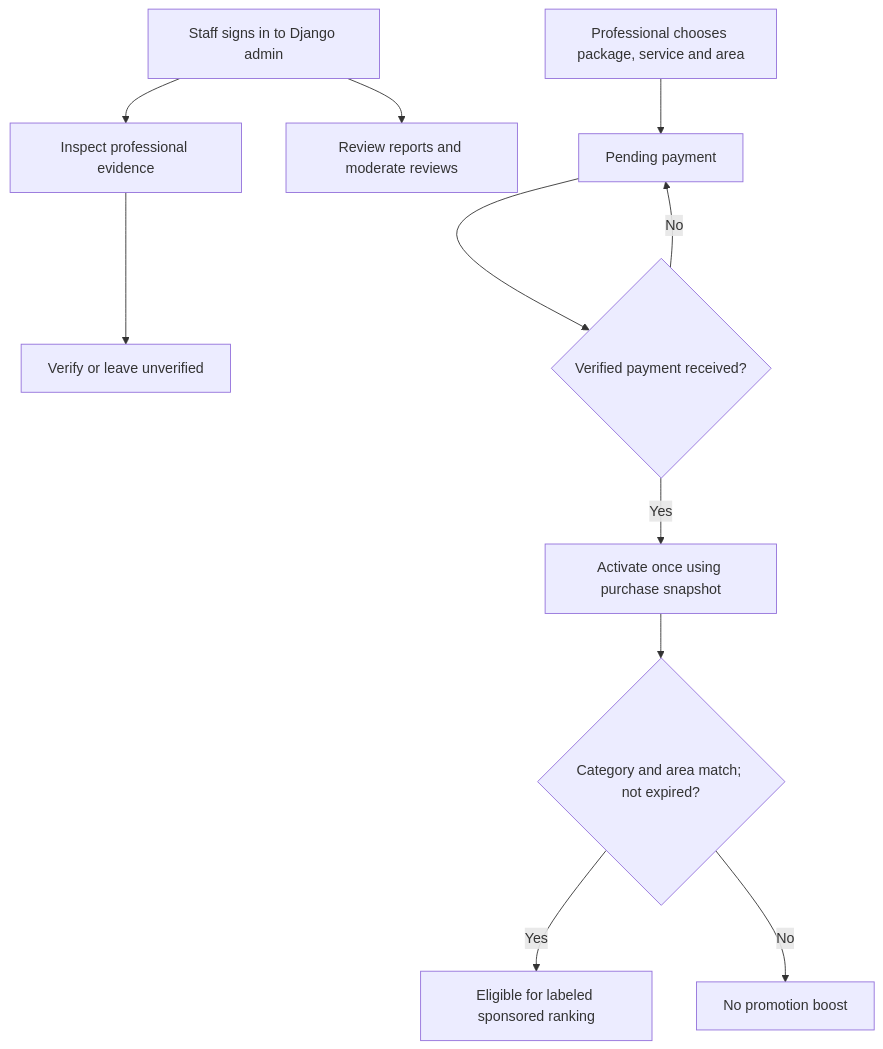
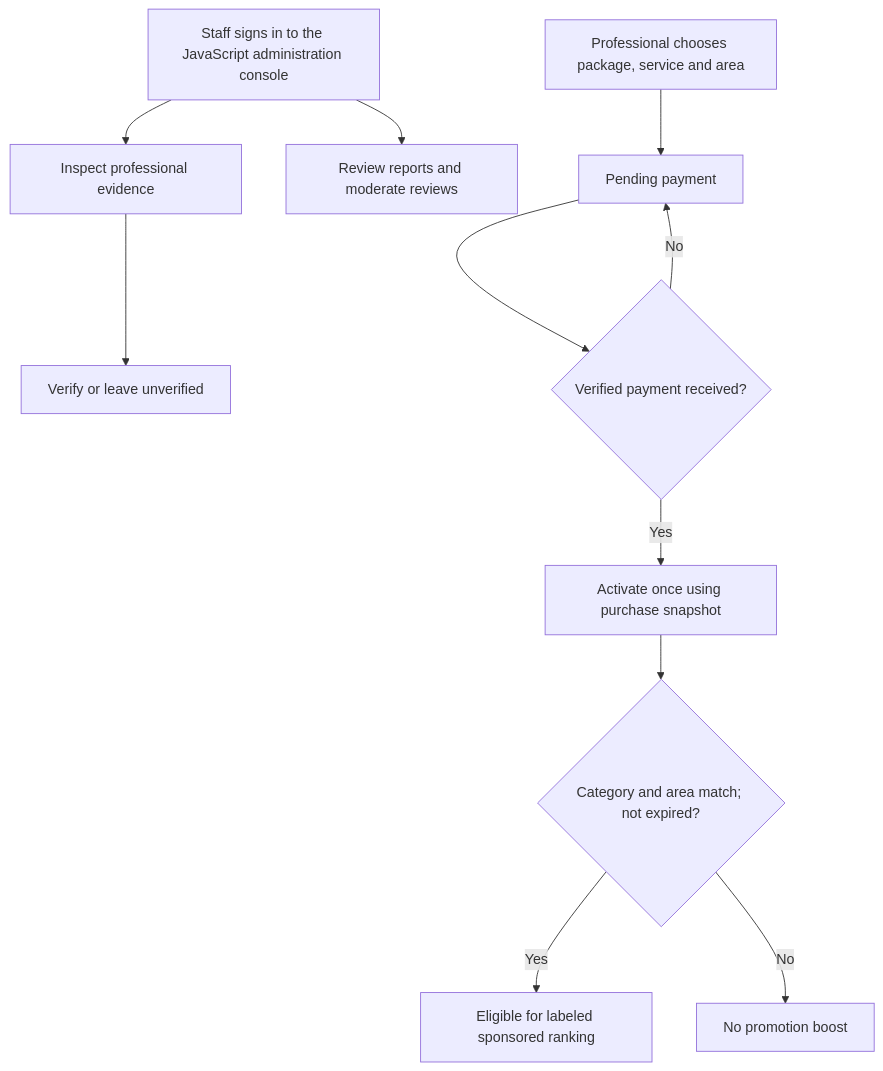
Before and after one commit to meherajmithun/SkillConnect: the fourth of 4 diagrams in docs/sprint-1/FLOWS_WIREFRAMES.md, drawn with Mermaid. The commit also changed other lines of this file and 82 other files, not shown here.

````diff
--- a/docs/sprint-1/FLOWS_WIREFRAMES.md
+++ b/docs/sprint-1/FLOWS_WIREFRAMES.md
@@ -120,13 +120,13 @@
 ```mermaid
 flowchart TD
-  Staff[Staff signs in to Django admin] --> Inspect[Inspect professional evidence]
+  Staff[Staff signs in to the JavaScript administration console] --> Inspect[Inspect professional evidence]
   Inspect --> Verify[Verify or leave unverified]
   Staff --> Moderate[Review reports and moderate reviews]
   Pro[Professional chooses package, service and area] --> Pending[Pending payment]
   Pending --> Confirmation{Verified payment received?}
   Confirmation -->|No| Pending
   Confirmation -->|Yes| Activate[Activate once using purchase snapshot]
   Activate --> Match{Category and area match; not expired?}
   Match -->|Yes| Sponsored[Eligible for labeled sponsored ranking]
   Match -->|No| Normal[No promotion boost]
 ```
````
